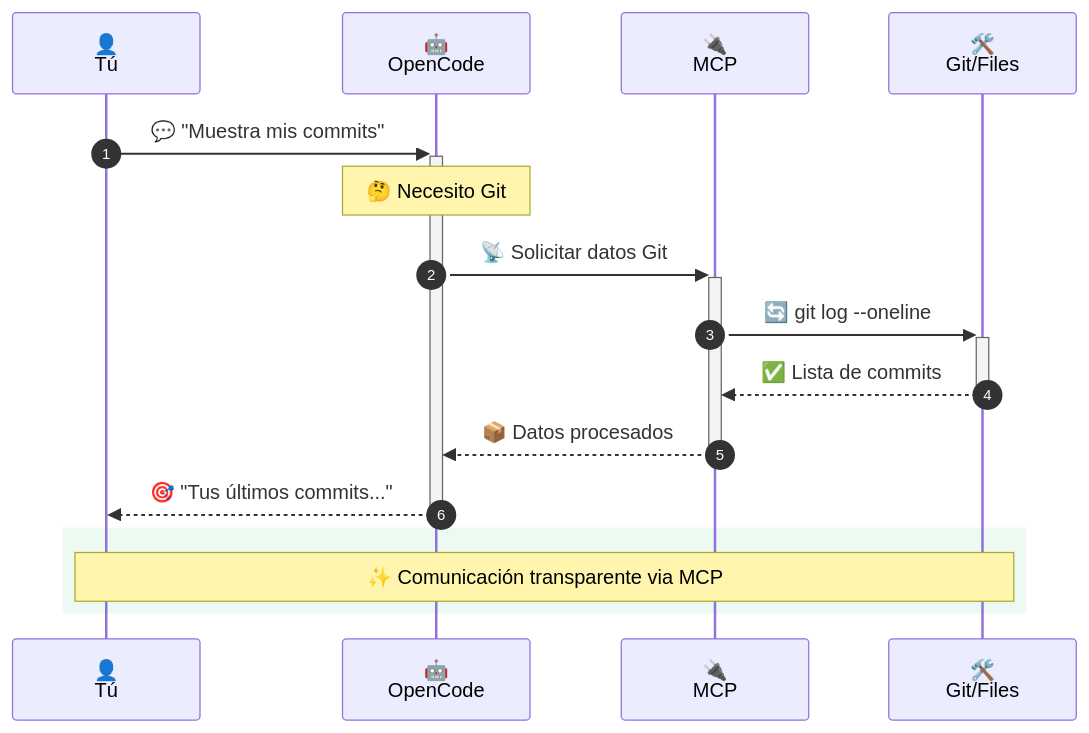
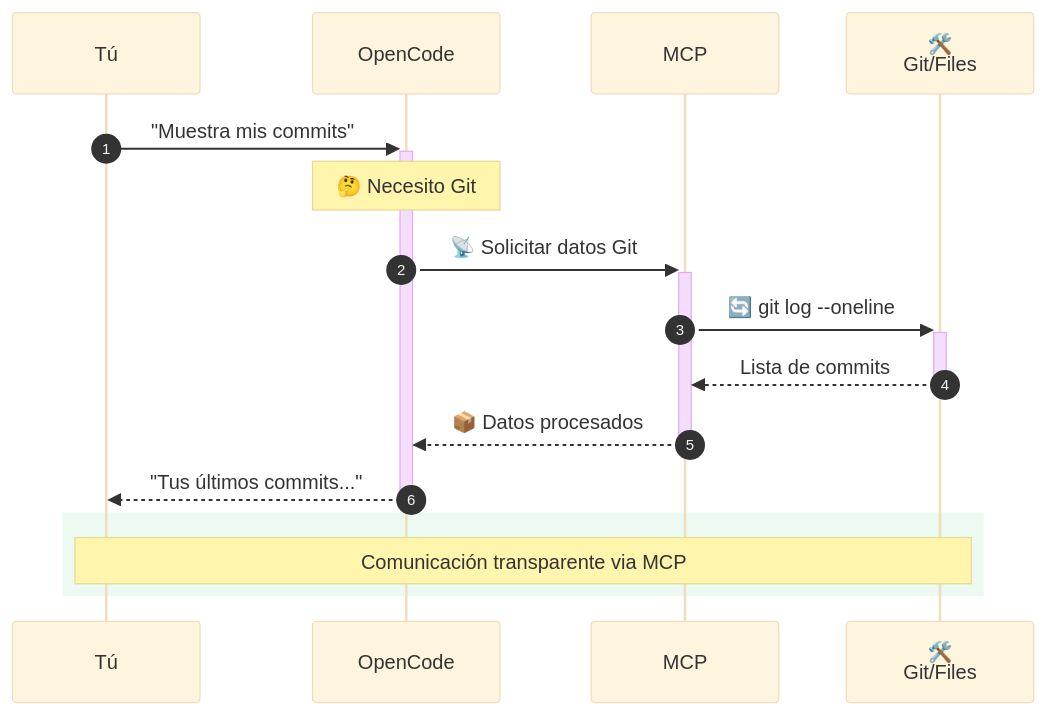
One commit to Ai-Whisperers/Courses-Content changed the third of 16 diagrams in courses/🟡-development/FPUNA-2026/00-FUNDAMENTOS-PRINCIPALES/02-maestria-configuracion.md. Above: the diagram before and after it, drawn with Mermaid. The commit also changed other lines of this file and 47 other files, not shown here.

First line of the commit message:
fix: Make all 473 diagrams WCAG AAA accessible (FPUNA-2026)

````diff
--- a/courses/🟡-development/FPUNA-2026/00-FUNDAMENTOS-PRINCIPALES/02-maestria-configuracion.md
+++ b/courses/🟡-development/FPUNA-2026/00-FUNDAMENTOS-PRINCIPALES/02-maestria-configuracion.md
@@ -170,20 +172,21 @@
 ```mermaid
+%%{init: {'theme':'base', 'themeVariables': {'fontSize':'18px'}}}%%
 sequenceDiagram
     autonumber
-    participant U as 👤<br/>Tú
-    participant OC as 🤖<br/>OpenCode
-    participant MCP as 🔌<br/>MCP
+    participant U as Tú
+    participant OC as OpenCode
+    participant MCP as MCP
     participant Tool as 🛠️<br/>Git/Files
 
-    U->>+OC: 💬 "Muestra mis commits"
+    U->>+OC: "Muestra mis commits"
     Note over OC: 🤔 Necesito Git
     OC->>+MCP: 📡 Solicitar datos Git
     MCP->>+Tool: 🔄 git log --oneline
-    Tool-->>-MCP: ✅ Lista de commits
+    Tool-->>-MCP: Lista de commits
     MCP-->>-OC: 📦 Datos procesados
-    OC-->>-U: 🎯 "Tus últimos commits..."
+    OC-->>-U: "Tus últimos commits..."
     
     rect rgb(80, 200, 120, 0.1)
-        Note over U,Tool: ✨ Comunicación transparente via MCP
+        Note over U,Tool: Comunicación transparente via MCP
     end
 ```
````
